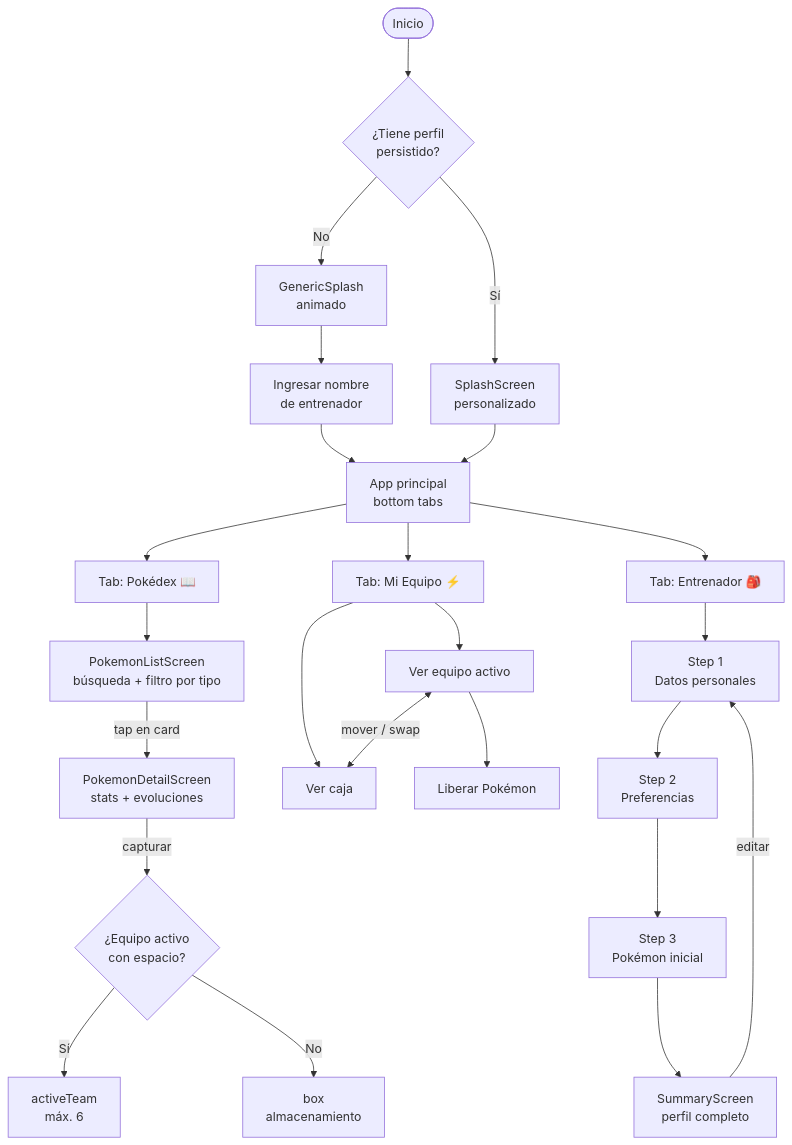
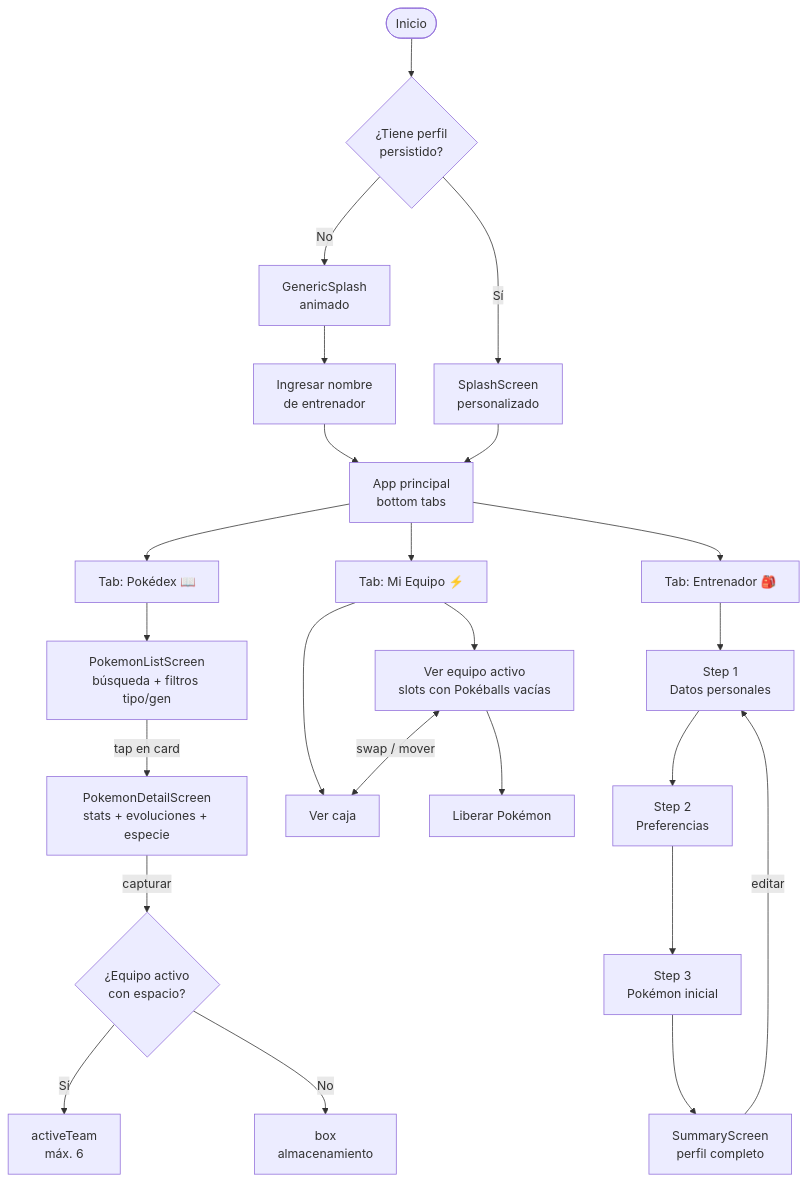
Before and after one commit to anyirodriguezu/pokedex-app: the diagram in README.md, drawn with Mermaid. The commit also changed other lines of this file and 6 other files, not shown here.

````diff
--- a/README.md
+++ b/README.md
@@ -66,30 +69,30 @@
 ```mermaid
 flowchart TD
     A([Inicio]) --> B{¿Tiene perfil\npersistido?}
     B -- No --> C[GenericSplash\nanimado]
     C --> D[Ingresar nombre\nde entrenador]
     D --> E
     B -- Sí --> F[SplashScreen\npersonalizado]
     F --> E[App principal\nbottom tabs]
 
     E --> G[Tab: Pokédex 📖]
     E --> H[Tab: Mi Equipo ⚡]
     E --> I[Tab: Entrenador 🎒]
 
-    G --> G1[PokemonListScreen\nbúsqueda + filtro por tipo]
-    G1 -->|tap en card| G2[PokemonDetailScreen\nstats + evoluciones]
+    G --> G1[PokemonListScreen\nbúsqueda + filtros tipo/gen]
+    G1 -->|tap en card| G2[PokemonDetailScreen\nstats + evoluciones + especie]
     G2 -->|capturar| G3{¿Equipo activo\ncon espacio?}
     G3 -- Sí --> G4[activeTeam\nmáx. 6]
     G3 -- No --> G5[box\nalmacenamiento]
 
-    H --> H1[Ver equipo activo]
+    H --> H1[Ver equipo activo\nslots con Pokéballs vacías]
     H --> H2[Ver caja]
-    H1 <-->|mover / swap| H2
+    H1 <-->|swap / mover| H2
     H1 --> H3[Liberar Pokémon]
 
     I --> I1[Step 1\nDatos personales]
     I1 --> I2[Step 2\nPreferencias]
     I2 --> I3[Step 3\nPokémon inicial]
     I3 --> I4[SummaryScreen\nperfil completo]
     I4 -->|editar| I1
 ```
````
